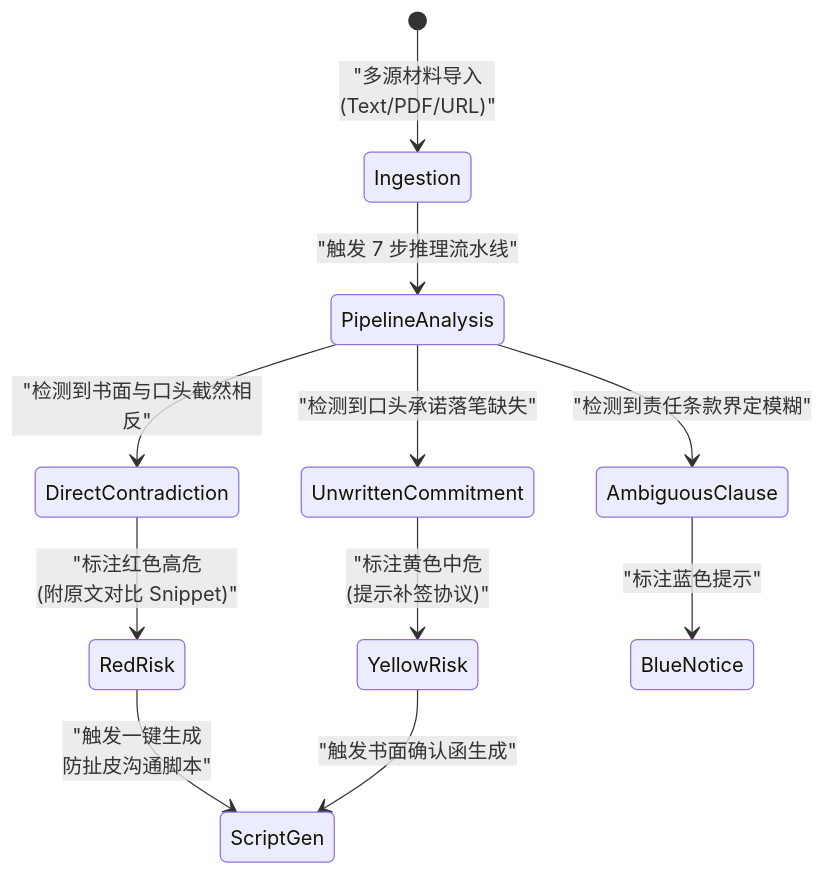
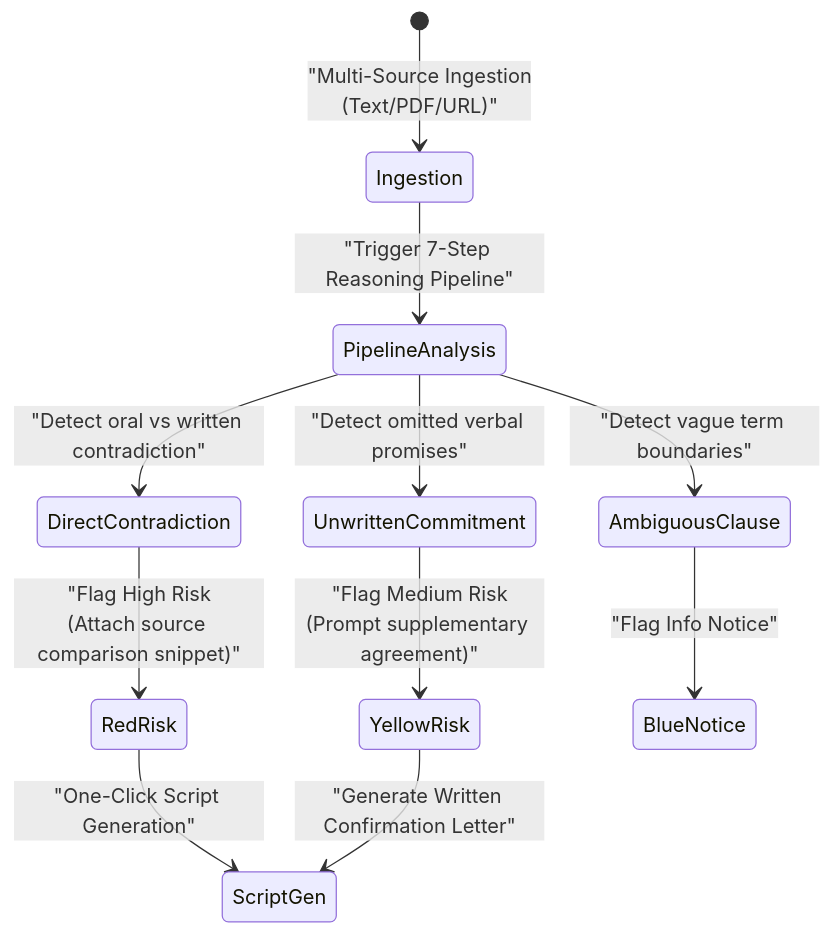
Before and after one commit to MeiSiristhebest/youju: the first of 3 diagrams in README.md, drawn with Mermaid. The commit also changed other lines of this file, not shown here.

````diff
--- a/README.md
+++ b/README.md
@@ -79,13 +84,13 @@
 ```mermaid
 stateDiagram-v2
-    [*] --> Ingestion : "多源材料导入<br/>(Text/PDF/URL)"
-    Ingestion --> PipelineAnalysis : "触发 7 步推理流水线"
-    PipelineAnalysis --> DirectContradiction : "检测到书面与口头截然相反"
-    PipelineAnalysis --> UnwrittenCommitment : "检测到口头承诺落笔缺失"
-    PipelineAnalysis --> AmbiguousClause : "检测到责任条款界定模糊"
-    DirectContradiction --> RedRisk : "标注红色高危<br/>(附原文对比 Snippet)"
-    UnwrittenCommitment --> YellowRisk : "标注黄色中危<br/>(提示补签协议)"
-    AmbiguousClause --> BlueNotice : "标注蓝色提示"
-    RedRisk --> ScriptGen : "触发一键生成<br/>防扯皮沟通脚本"
-    YellowRisk --> ScriptGen : "触发书面确认函生成"
+    [*] --> Ingestion : "Multi-Source Ingestion<br/>(Text/PDF/URL)"
+    Ingestion --> PipelineAnalysis : "Trigger 7-Step Reasoning Pipeline"
+    PipelineAnalysis --> DirectContradiction : "Detect oral vs written contradiction"
+    PipelineAnalysis --> UnwrittenCommitment : "Detect omitted verbal promises"
+    PipelineAnalysis --> AmbiguousClause : "Detect vague term boundaries"
+    DirectContradiction --> RedRisk : "Flag High Risk<br/>(Attach source comparison snippet)"
+    UnwrittenCommitment --> YellowRisk : "Flag Medium Risk<br/>(Prompt supplementary agreement)"
+    AmbiguousClause --> BlueNotice : "Flag Info Notice"
+    RedRisk --> ScriptGen : "One-Click Script Generation"
+    YellowRisk --> ScriptGen : "Generate Written Confirmation Letter"
 ```
````
